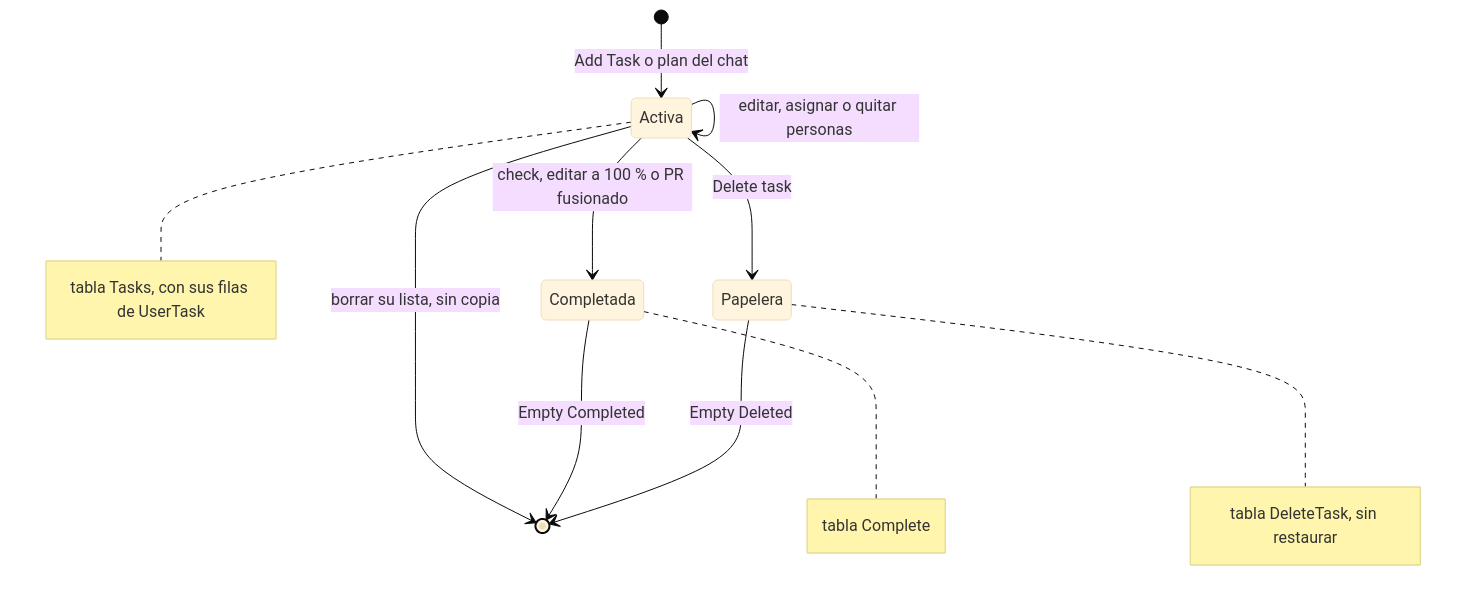
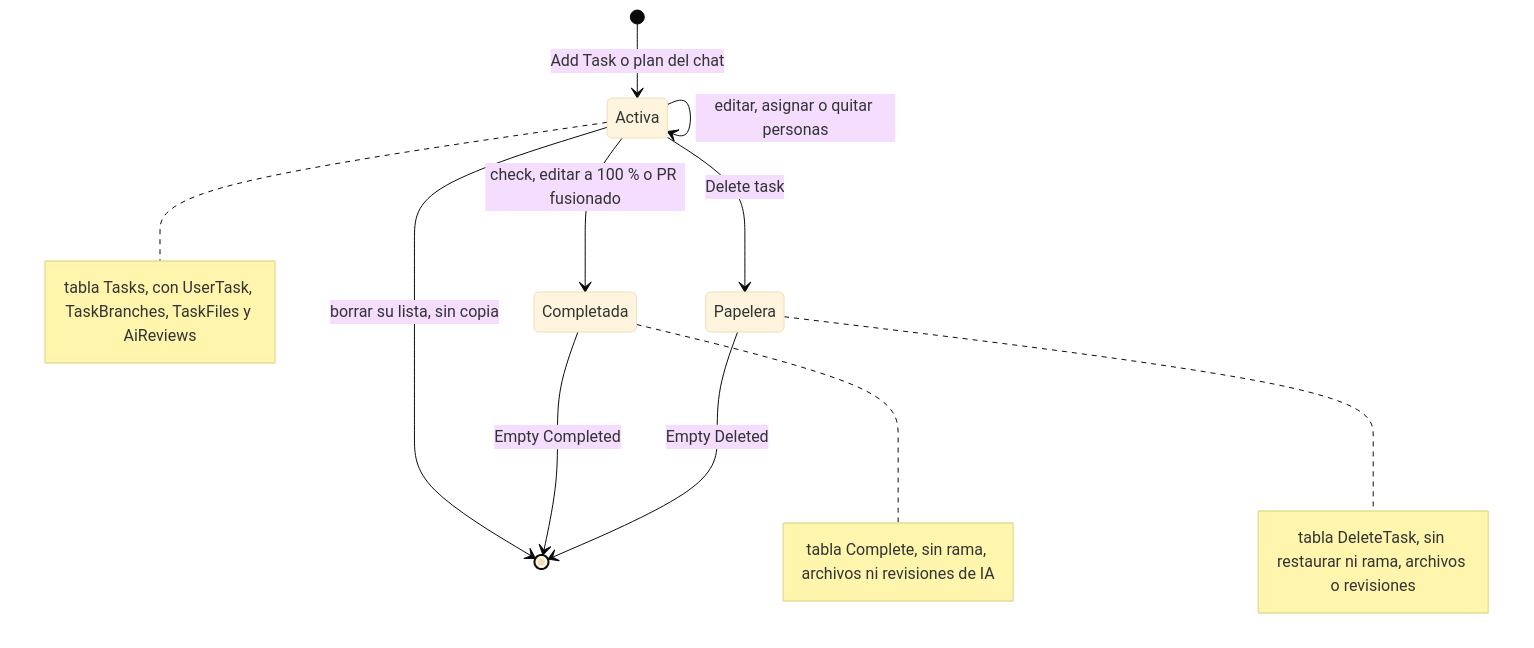
One commit to PabloP150/proyecto-is-cc6 changed the second of 3 diagrams in documentacion/06-flujos/03-tareas.md. Above: the diagram before and after it, drawn with Mermaid (base theme). The commit also changed other lines of this file and 204 other files, not shown here.

First line of the commit message:
docs: update all documentation, diagrams and PNGs to the test/e2e state

````diff
--- a/documentacion/06-flujos/03-tareas.md
+++ b/documentacion/06-flujos/03-tareas.md
@@ -39,14 +40,14 @@
 ```mermaid
 stateDiagram-v2
     [*] --> Activa: Add Task o plan del chat
     Activa --> Activa: editar, asignar o quitar personas
     Activa --> Completada: check, editar a 100 % o PR fusionado
     Activa --> Papelera: Delete task
     Activa --> [*]: borrar su lista, sin copia
     Completada --> [*]: Empty Completed
     Papelera --> [*]: Empty Deleted
 
-    note right of Activa: tabla Tasks, con sus filas de UserTask
-    note right of Completada: tabla Complete
-    note right of Papelera: tabla DeleteTask, sin restaurar
+    note right of Activa: tabla Tasks, con UserTask, TaskBranches, TaskFiles y AiReviews
+    note right of Completada: tabla Complete, sin rama, archivos ni revisiones de IA
+    note right of Papelera: tabla DeleteTask, sin restaurar ni rama, archivos o revisiones
 ```
````
